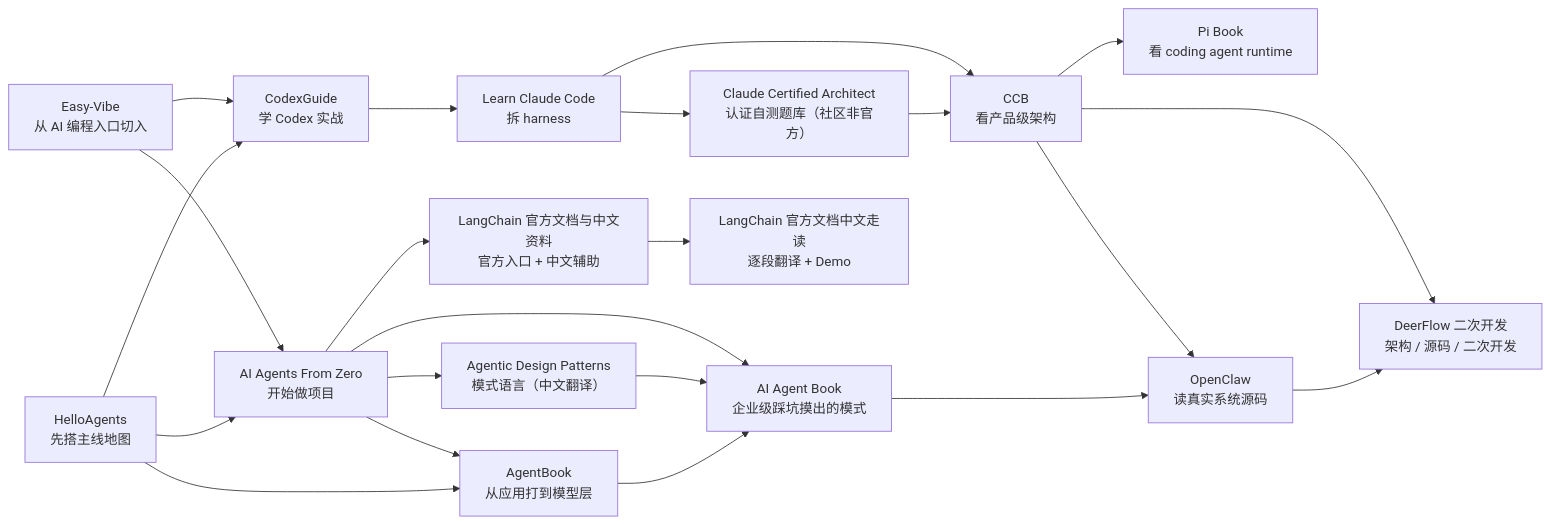
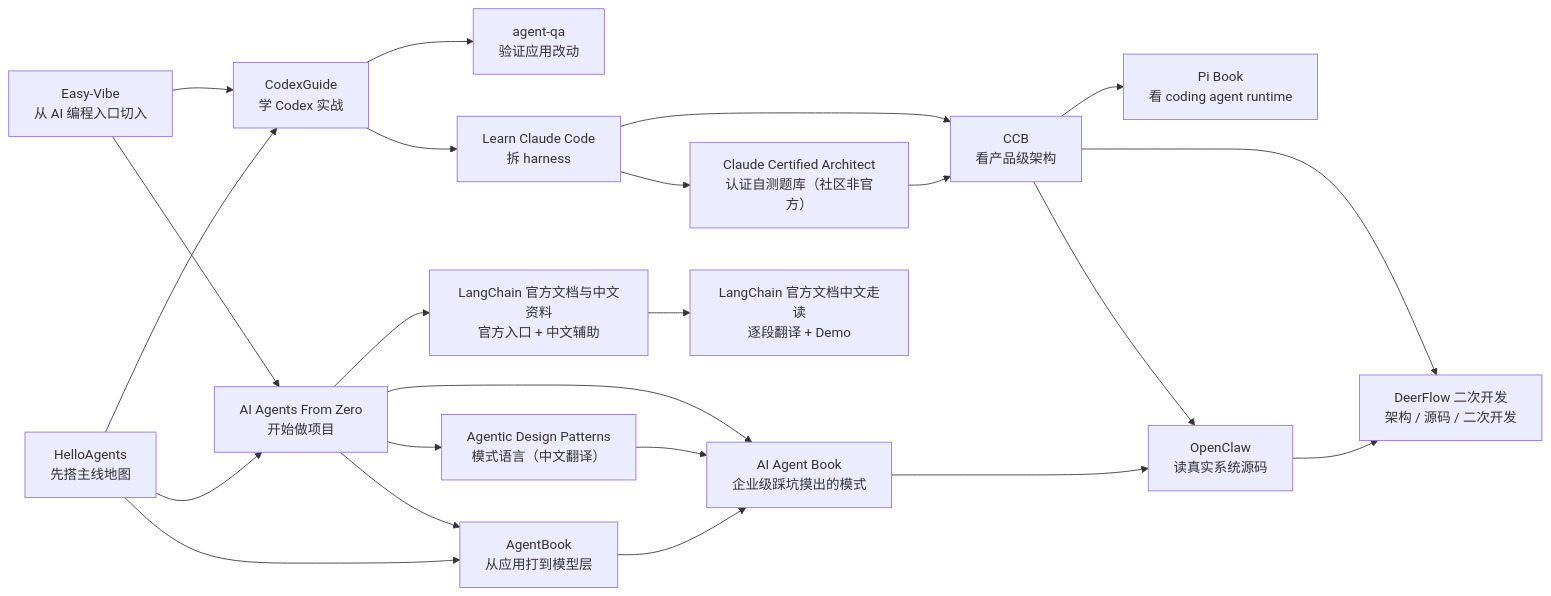
Before and after one commit to xiaomingtx12/nice-ai-agent-study-resources: the diagram in docs/resources/index.md, drawn with Mermaid. The commit also changed other lines of this file and 1 other file, not shown here.

Commit message:
添加 agent-qa 编码后验证工作流资源

````diff
--- a/docs/resources/index.md
+++ b/docs/resources/index.md
@@ -38,40 +38,42 @@
 ```mermaid
 flowchart LR
   H["HelloAgents<br/>先搭主线地图"]
   Z["AI Agents From Zero<br/>开始做项目"]
   E["Easy-Vibe<br/>从 AI 编程入口切入"]
   G["CodexGuide<br/>学 Codex 实战"]
+  Q["agent-qa<br/>验证应用改动"]
   AB["AgentBook<br/>从应用打到模型层"]
   L["Learn Claude Code<br/>拆 harness"]
   CA["Claude Certified Architect<br/>认证自测题库（社区非官方）"]
   C["CCB<br/>看产品级架构"]
   P["Pi Book<br/>看 coding agent runtime"]
   A["Agentic Design Patterns<br/>模式语言（中文翻译）"]
   B["AI Agent Book<br/>企业级踩坑摸出的模式"]
   O["OpenClaw<br/>读真实系统源码"]
   D["DeerFlow 二次开发<br/>架构 / 源码 / 二次开发"]
   LD["LangChain 官方文档与中文资料<br/>官方入口 + 中文辅助"]
   LW["LangChain 官方文档中文走读<br/>逐段翻译 + Demo"]
 
   H --> Z
   E --> Z
   H --> G
   E --> G
+  G --> Q
   H --> AB
   Z --> AB
   AB --> B
   G --> L
   L --> CA
   CA --> C
   L --> C
   C --> P
   Z --> A
   A --> B
   Z --> B
   B --> O
   C --> O
   O --> D
   C --> D
   Z --> LD
   LD --> LW
 ```
````
